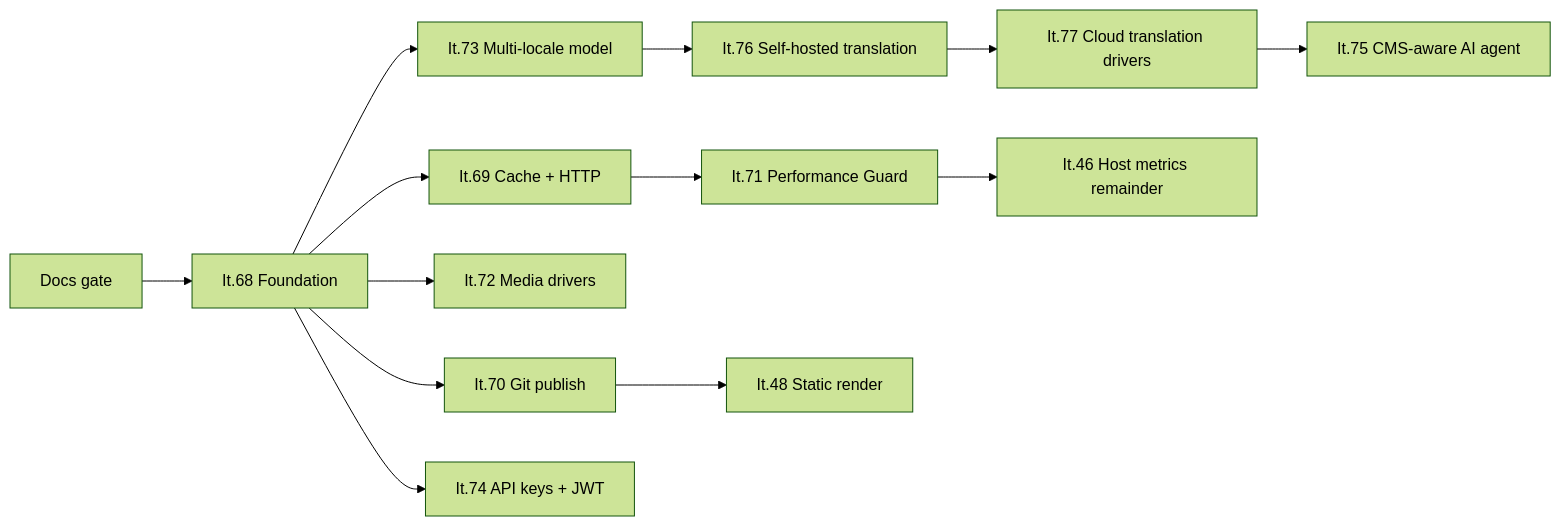
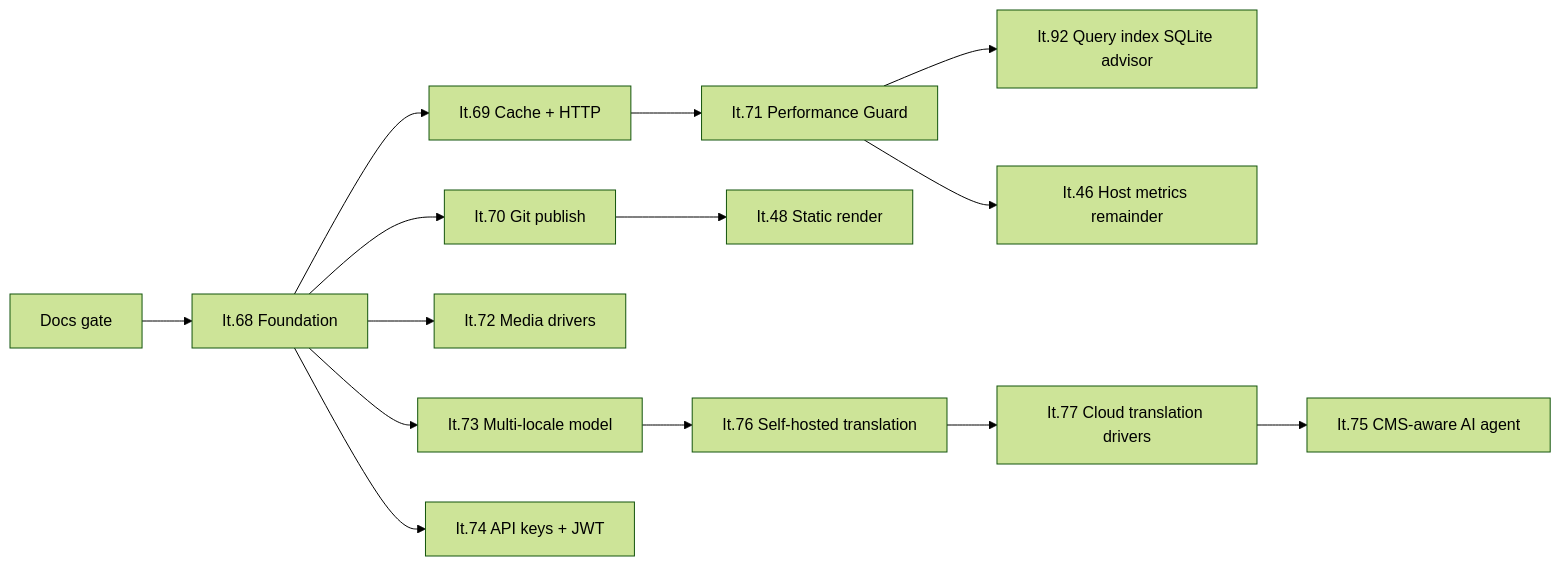
One commit to techberode/paginiumcms-architecture changed the diagram in docs/en/ITERATION_WAVE_HYBRID_ENGINE.md. Above: the diagram before and after it, drawn with Mermaid (forest theme). The commit also changed other lines of this file and 286 other files, not shown here.

````diff
--- a/docs/en/ITERATION_WAVE_HYBRID_ENGINE.md
+++ b/docs/en/ITERATION_WAVE_HYBRID_ENGINE.md
@@ -28,15 +28,16 @@
 ```mermaid
 flowchart LR
     D[Docs gate] --> I68[It.68 Foundation]
     I68 --> I69[It.69 Cache + HTTP]
     I68 --> I70[It.70 Git publish]
     I69 --> I71[It.71 Performance Guard]
+    I71 --> I92[It.92 Query index SQLite advisor]
     I68 --> I72[It.72 Media drivers]
     I68 --> I73[It.73 Multi-locale model]
     I68 --> I74[It.74 API keys + JWT]
     I73 --> I76[It.76 Self-hosted translation]
     I76 --> I77[It.77 Cloud translation drivers]
     I77 --> I75[It.75 CMS-aware AI agent]
     I70 --> I48[It.48 Static render]
     I71 --> I46[It.46 Host metrics remainder]
 ```
````
